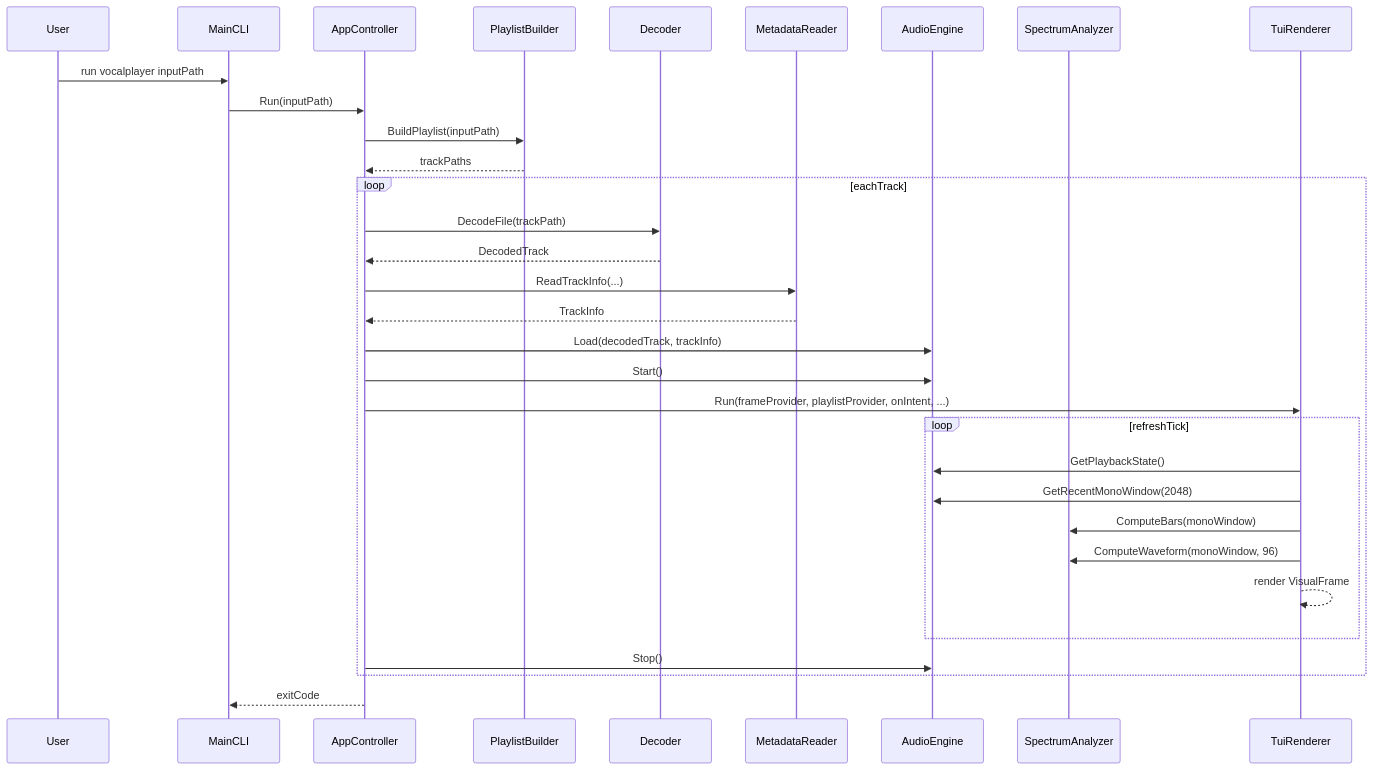
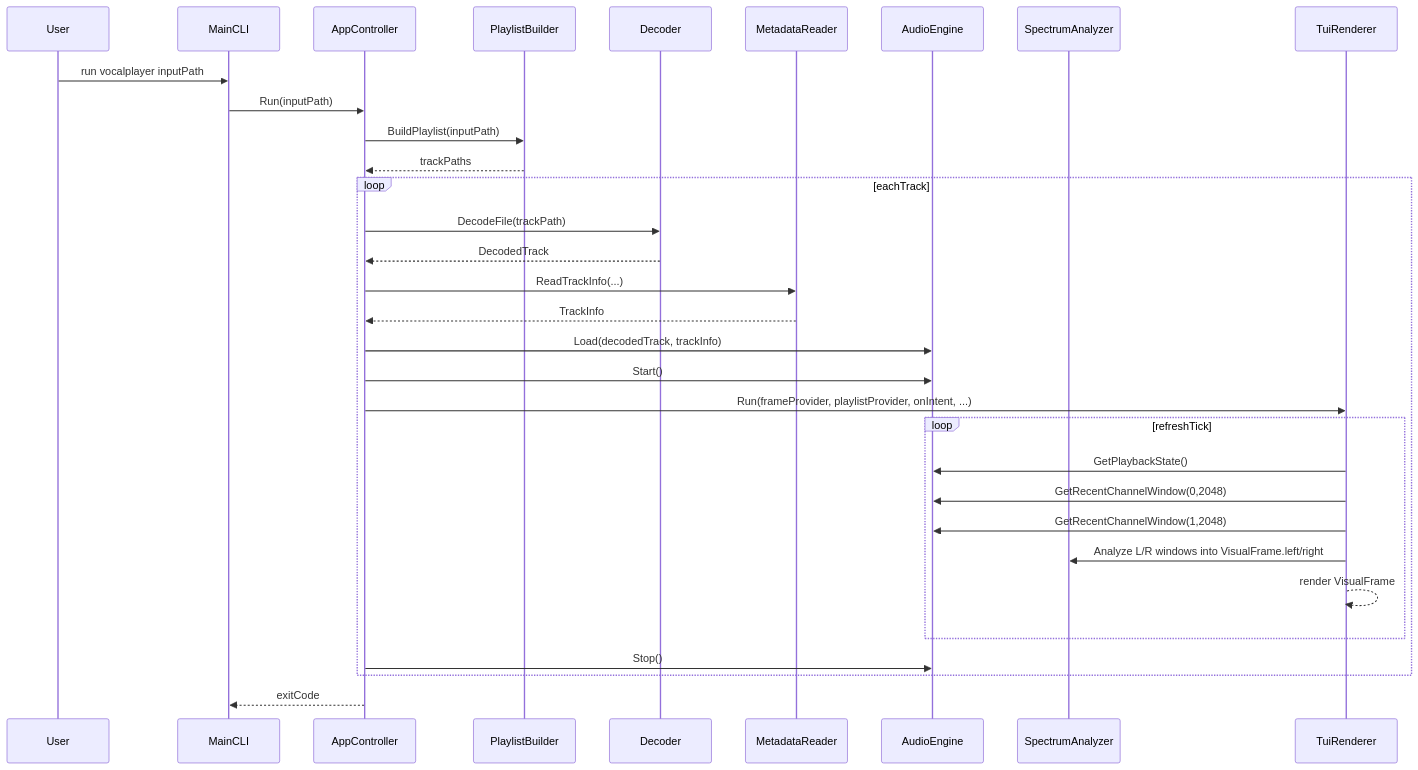
One commit to virtualguard101/vocalplayer changed the third of 4 diagrams in docs/dev/architecture.md. Above: the diagram before and after it, drawn with Mermaid. The commit also changed other lines of this file and 14 other files, not shown here.

````diff
--- a/docs/dev/architecture.md
+++ b/docs/dev/architecture.md
@@ -140,35 +143,35 @@
 ```mermaid
 sequenceDiagram
   participant User
   participant Main as MainCLI
   participant App as AppController
   participant Playlist as PlaylistBuilder
   participant Decoder
   participant Metadata as MetadataReader
   participant Audio as AudioEngine
   participant Analyzer as SpectrumAnalyzer
   participant UI as TuiRenderer
 
   User->>Main: run vocalplayer inputPath
   Main->>App: Run(inputPath)
   App->>Playlist: BuildPlaylist(inputPath)
   Playlist-->>App: trackPaths
   loop eachTrack
     App->>Decoder: DecodeFile(trackPath)
     Decoder-->>App: DecodedTrack
     App->>Metadata: ReadTrackInfo(...)
     Metadata-->>App: TrackInfo
     App->>Audio: Load(decodedTrack, trackInfo)
     App->>Audio: Start()
     App->>UI: Run(frameProvider, playlistProvider, onIntent, ...)
     loop refreshTick
       UI->>Audio: GetPlaybackState()
-      UI->>Audio: GetRecentMonoWindow(2048)
-      UI->>Analyzer: ComputeBars(monoWindow)
-      UI->>Analyzer: ComputeWaveform(monoWindow, 96)
+      UI->>Audio: GetRecentChannelWindow(0,2048)
+      UI->>Audio: GetRecentChannelWindow(1,2048)
+      UI->>Analyzer: Analyze L/R windows into VisualFrame.left/right
       UI-->>UI: render VisualFrame
     end
     App->>Audio: Stop()
   end
   App-->>Main: exitCode
 ```
````
